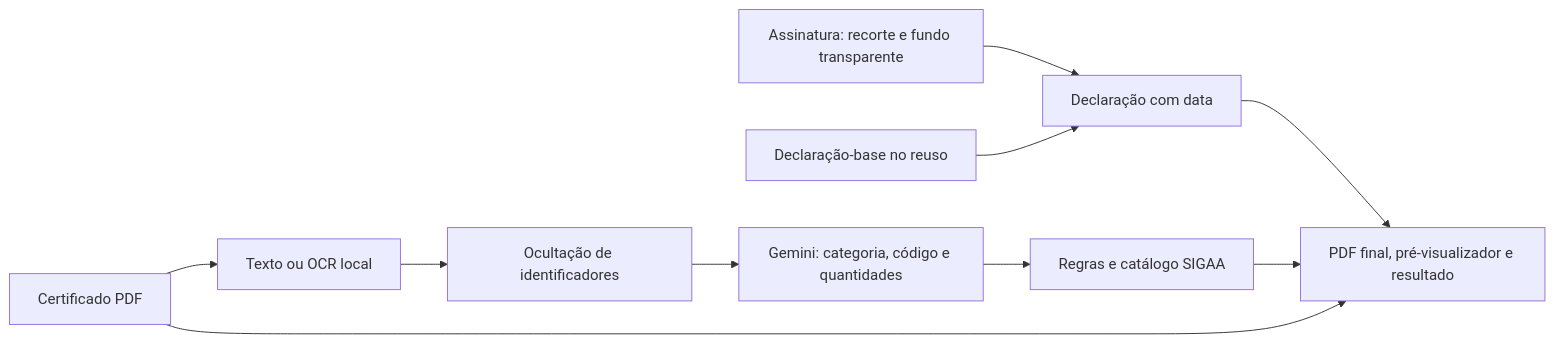
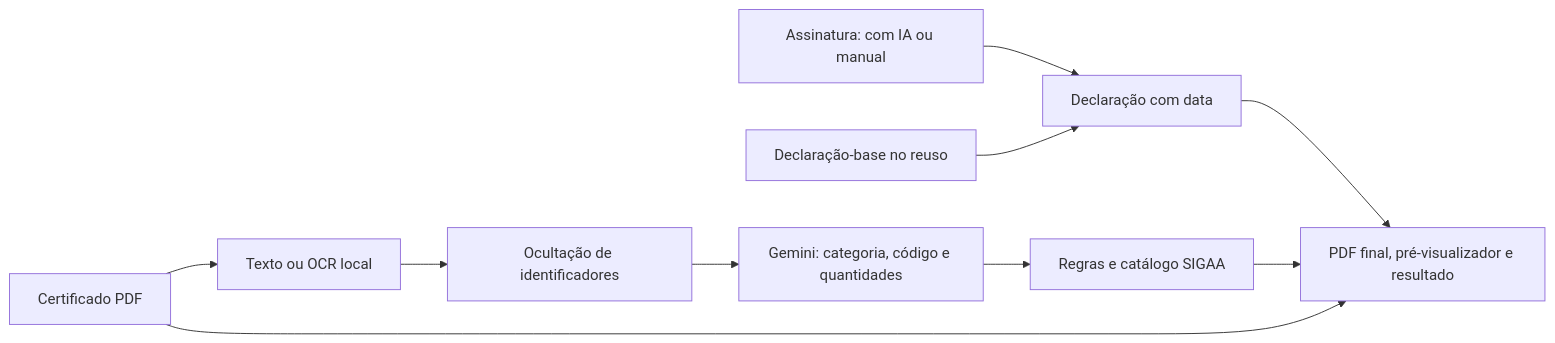
The diagram in README.md (catarina051/horas-complementares-ia), drawn with Mermaid before and after one commit. The commit also changed other lines of this file, not shown here.

First line of the commit message:
README: estado atual do piloto, assinatura opcional com IA e auditoria

````diff
--- a/README.md
+++ b/README.md
@@ -77,12 +80,12 @@
 ```mermaid
 flowchart LR
     C[Certificado PDF] --> O[Texto ou OCR local]
     O --> A[Ocultação de identificadores]
     A --> L[Gemini: categoria, código e quantidades]
     L --> R[Regras e catálogo SIGAA]
-    S[Assinatura: recorte e fundo transparente] --> D[Declaração com data]
+    S[Assinatura: com IA ou manual] --> D[Declaração com data]
     B[Declaração-base no reuso] --> D
     D --> M[PDF final, pré-visualizador e resultado]
     R --> M
     C --> M
 ```
````
